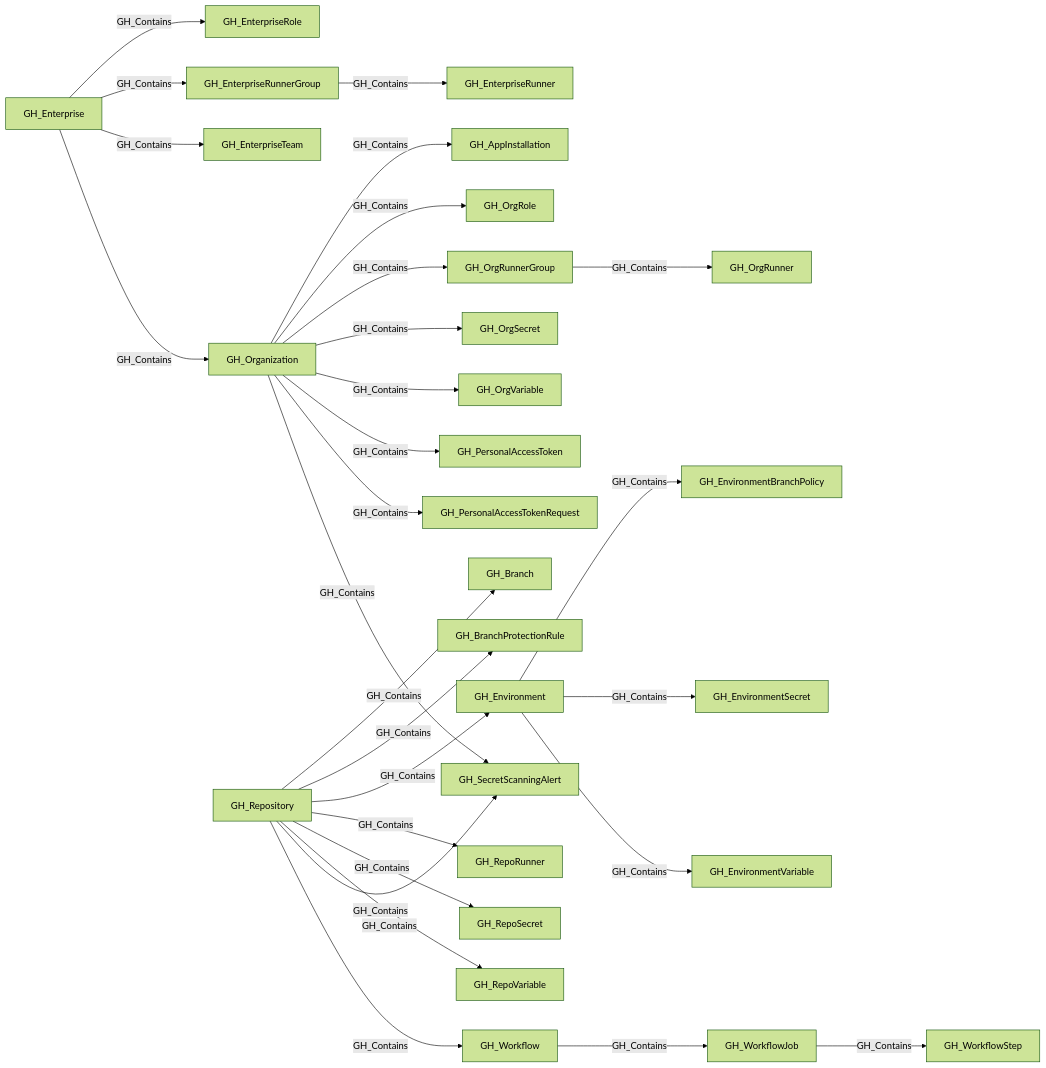
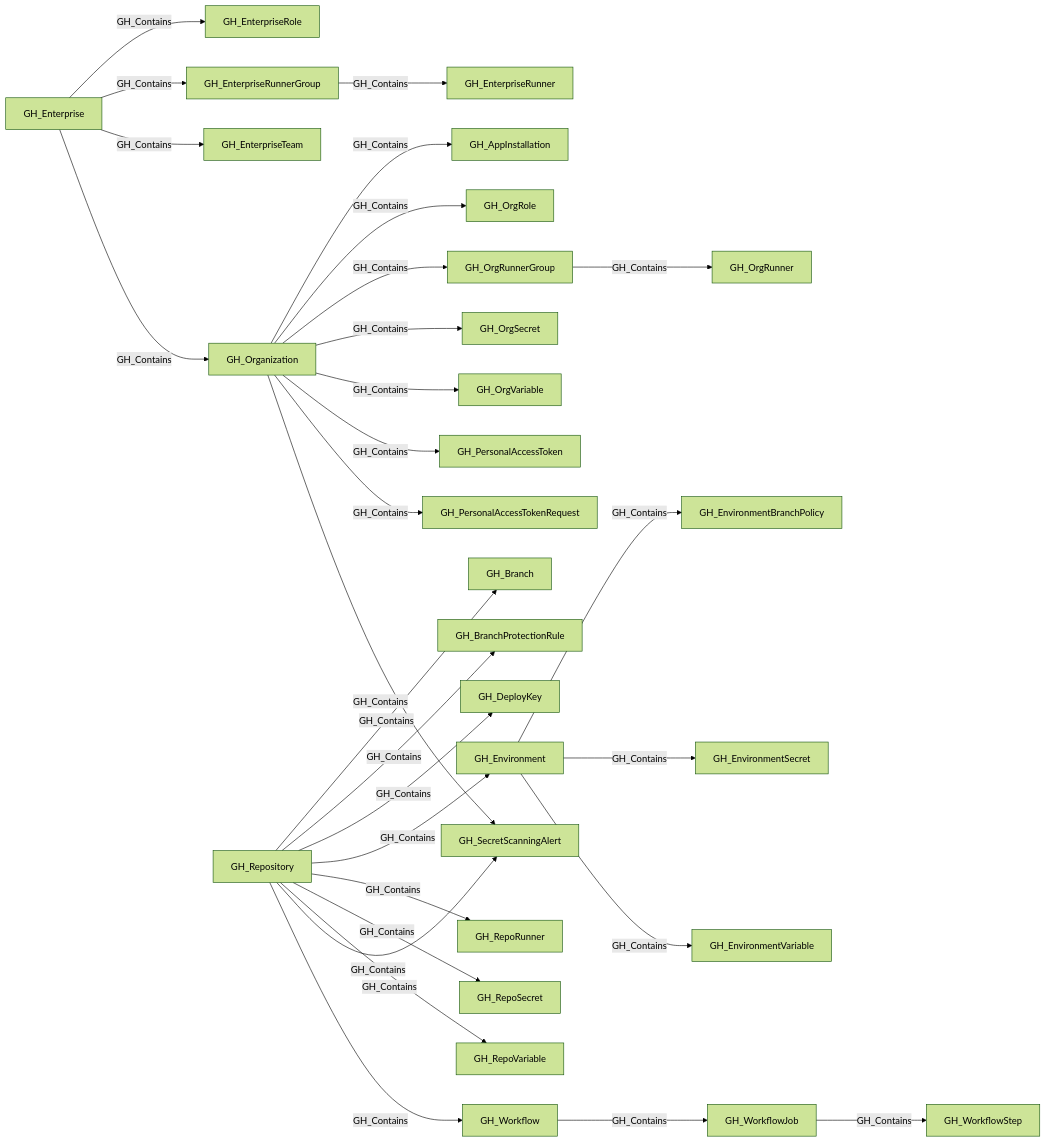
The first of 2 diagrams in docs/opengraph/extensions/github/edges/gh_contains.mdx (SpecterOps/bloodhound-docs), drawn with Mermaid (forest theme) before and after one commit. The commit also changed other lines of this file and 33 other files, not shown here.

````diff
--- a/docs/opengraph/extensions/github/edges/gh_contains.mdx
+++ b/docs/opengraph/extensions/github/edges/gh_contains.mdx
@@ -42,58 +43,60 @@
 ```mermaid
 flowchart LR
     GH_AppInstallation["GH_AppInstallation"]
     GH_Branch["GH_Branch"]
     GH_BranchProtectionRule["GH_BranchProtectionRule"]
+    GH_DeployKey["GH_DeployKey"]
     GH_Enterprise["GH_Enterprise"]
     GH_EnterpriseRole["GH_EnterpriseRole"]
     GH_EnterpriseRunner["GH_EnterpriseRunner"]
     GH_EnterpriseRunnerGroup["GH_EnterpriseRunnerGroup"]
     GH_EnterpriseTeam["GH_EnterpriseTeam"]
     GH_Environment["GH_Environment"]
     GH_EnvironmentBranchPolicy["GH_EnvironmentBranchPolicy"]
     GH_EnvironmentSecret["GH_EnvironmentSecret"]
     GH_EnvironmentVariable["GH_EnvironmentVariable"]
     GH_Organization["GH_Organization"]
     GH_OrgRole["GH_OrgRole"]
     GH_OrgRunner["GH_OrgRunner"]
     GH_OrgRunnerGroup["GH_OrgRunnerGroup"]
     GH_OrgSecret["GH_OrgSecret"]
     GH_OrgVariable["GH_OrgVariable"]
     GH_PersonalAccessToken["GH_PersonalAccessToken"]
     GH_PersonalAccessTokenRequest["GH_PersonalAccessTokenRequest"]
     GH_RepoRunner["GH_RepoRunner"]
     GH_RepoSecret["GH_RepoSecret"]
     GH_Repository["GH_Repository"]
     GH_RepoVariable["GH_RepoVariable"]
     GH_SecretScanningAlert["GH_SecretScanningAlert"]
     GH_Workflow["GH_Workflow"]
     GH_WorkflowJob["GH_WorkflowJob"]
     GH_WorkflowStep["GH_WorkflowStep"]
     GH_Enterprise -- GH_Contains --> GH_EnterpriseRole
     GH_Enterprise -- GH_Contains --> GH_EnterpriseRunnerGroup
     GH_Enterprise -- GH_Contains --> GH_EnterpriseTeam
     GH_Enterprise -- GH_Contains --> GH_Organization
     GH_EnterpriseRunnerGroup -- GH_Contains --> GH_EnterpriseRunner
     GH_Environment -- GH_Contains --> GH_EnvironmentBranchPolicy
     GH_Environment -- GH_Contains --> GH_EnvironmentSecret
     GH_Environment -- GH_Contains --> GH_EnvironmentVariable
     GH_Organization -- GH_Contains --> GH_AppInstallation
     GH_Organization -- GH_Contains --> GH_OrgRole
     GH_Organization -- GH_Contains --> GH_OrgRunnerGroup
     GH_Organization -- GH_Contains --> GH_OrgSecret
     GH_Organization -- GH_Contains --> GH_OrgVariable
     GH_Organization -- GH_Contains --> GH_PersonalAccessToken
     GH_Organization -- GH_Contains --> GH_PersonalAccessTokenRequest
     GH_Organization -- GH_Contains --> GH_SecretScanningAlert
     GH_OrgRunnerGroup -- GH_Contains --> GH_OrgRunner
     GH_Repository -- GH_Contains --> GH_Branch
     GH_Repository -- GH_Contains --> GH_BranchProtectionRule
+    GH_Repository -- GH_Contains --> GH_DeployKey
     GH_Repository -- GH_Contains --> GH_Environment
     GH_Repository -- GH_Contains --> GH_RepoRunner
     GH_Repository -- GH_Contains --> GH_RepoSecret
     GH_Repository -- GH_Contains --> GH_RepoVariable
     GH_Repository -- GH_Contains --> GH_SecretScanningAlert
     GH_Repository -- GH_Contains --> GH_Workflow
     GH_Workflow -- GH_Contains --> GH_WorkflowJob
     GH_WorkflowJob -- GH_Contains --> GH_WorkflowStep
 ```
````
